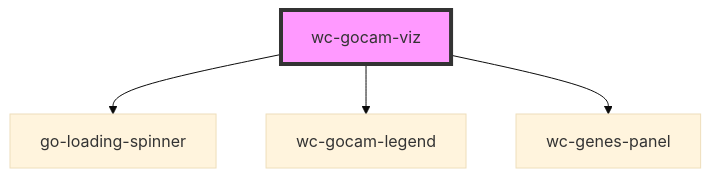
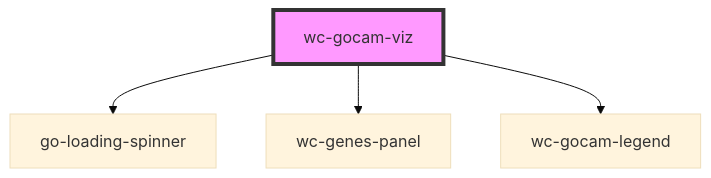
Before and after one commit to geneontology/wc-gocam-viz: the diagram in src/components/gocam-viz/readme.md, drawn with Mermaid (base theme). The commit also changed other lines of this file and 1 other file, not shown here.

````diff
--- a/src/components/gocam-viz/readme.md
+++ b/src/components/gocam-viz/readme.md
@@ -160,7 +160,7 @@
 ```mermaid
 graph TD;
   wc-gocam-viz --> go-loading-spinner
+  wc-gocam-viz --> wc-genes-panel
   wc-gocam-viz --> wc-gocam-legend
-  wc-gocam-viz --> wc-genes-panel
   style wc-gocam-viz fill:#f9f,stroke:#333,stroke-width:4px
 ```
````
